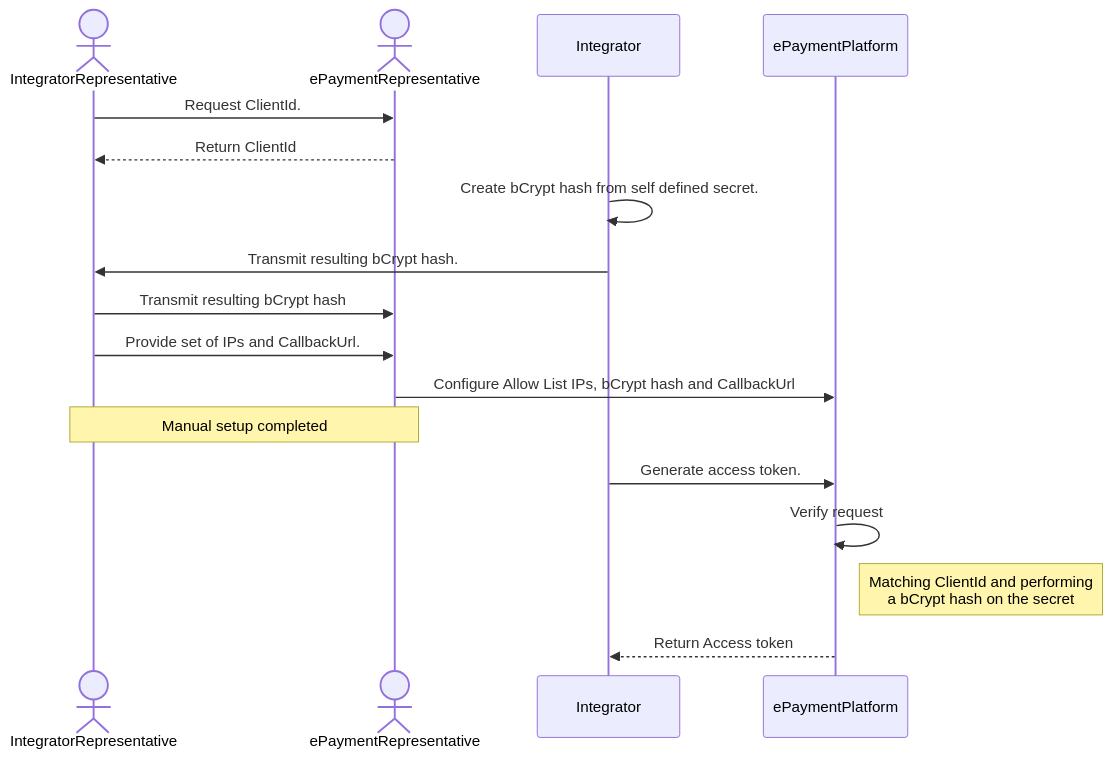
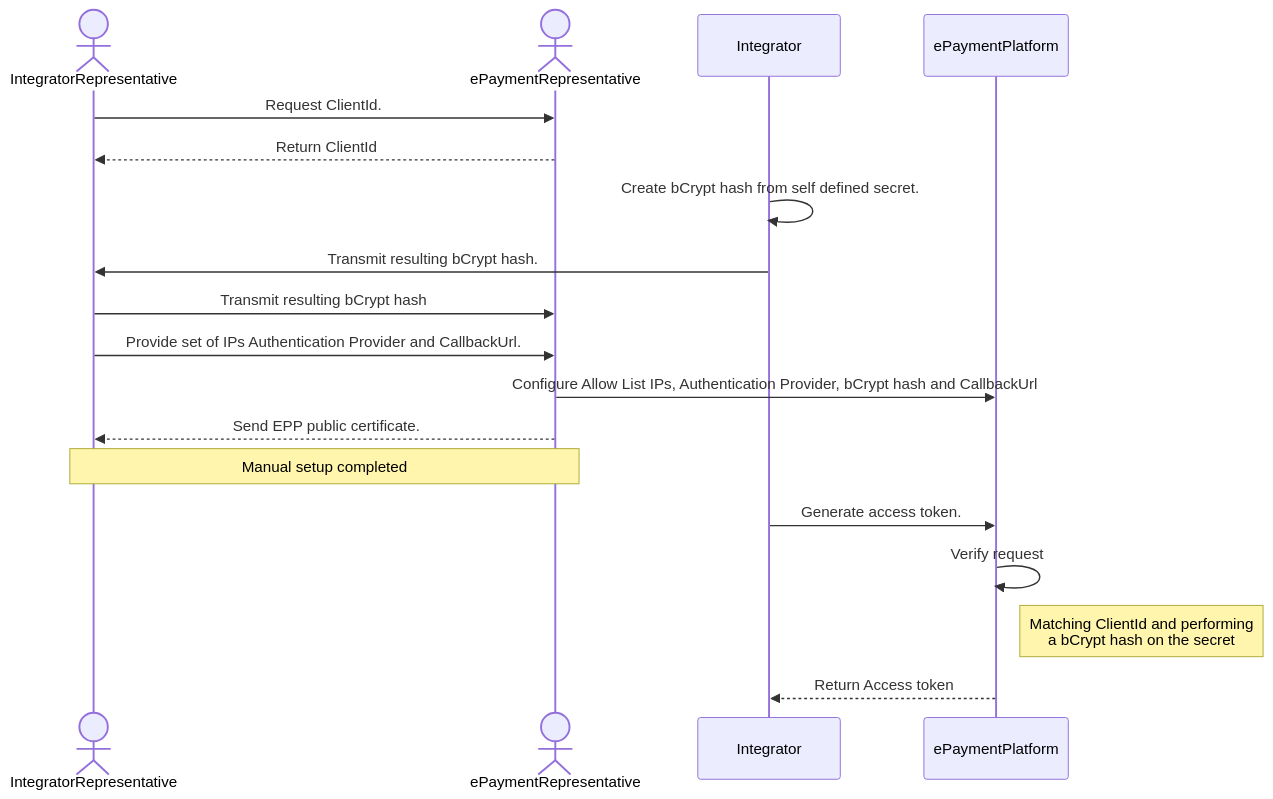
Before and after one commit to BankAxept/bankaxept-epayment-development-kit: the first of 2 diagrams in docs/Getting_Started.md, drawn with Mermaid. The commit also changed other lines of this file, not shown here.

Commit message:
ISS and Auth Provider information

````diff
--- a/docs/Getting_Started.md
+++ b/docs/Getting_Started.md
@@ -57,24 +68,25 @@
 ```mermaid
 sequenceDiagram
     actor IntegratorRepresentative
     actor ePaymentRepresentative
     participant Integrator
     participant ePaymentPlatform
     
     IntegratorRepresentative ->> ePaymentRepresentative: Request ClientId.
     ePaymentRepresentative -->> IntegratorRepresentative: Return ClientId
 
     Integrator ->> Integrator: Create bCrypt hash from self defined secret.
     Integrator ->> IntegratorRepresentative: Transmit resulting bCrypt hash.
     IntegratorRepresentative ->> ePaymentRepresentative: Transmit resulting bCrypt hash
 
-    IntegratorRepresentative ->> ePaymentRepresentative: Provide set of IPs and CallbackUrl.
-    ePaymentRepresentative ->> ePaymentPlatform: Configure Allow List IPs, bCrypt hash and CallbackUrl
+    IntegratorRepresentative ->> ePaymentRepresentative: Provide set of IPs Authentication Provider and CallbackUrl.
+    ePaymentRepresentative ->> ePaymentPlatform: Configure Allow List IPs, Authentication Provider, bCrypt hash and CallbackUrl
+    ePaymentRepresentative -->> IntegratorRepresentative: Send EPP public certificate.
     
     Note over IntegratorRepresentative,ePaymentRepresentative: Manual setup completed
     
     Integrator ->> ePaymentPlatform: Generate access token.
     ePaymentPlatform ->> ePaymentPlatform: Verify request 
     Note right of ePaymentPlatform: Matching ClientId and performing <br/> a bCrypt hash on the secret
     ePaymentPlatform -->> Integrator: Return Access token
 ```
````
